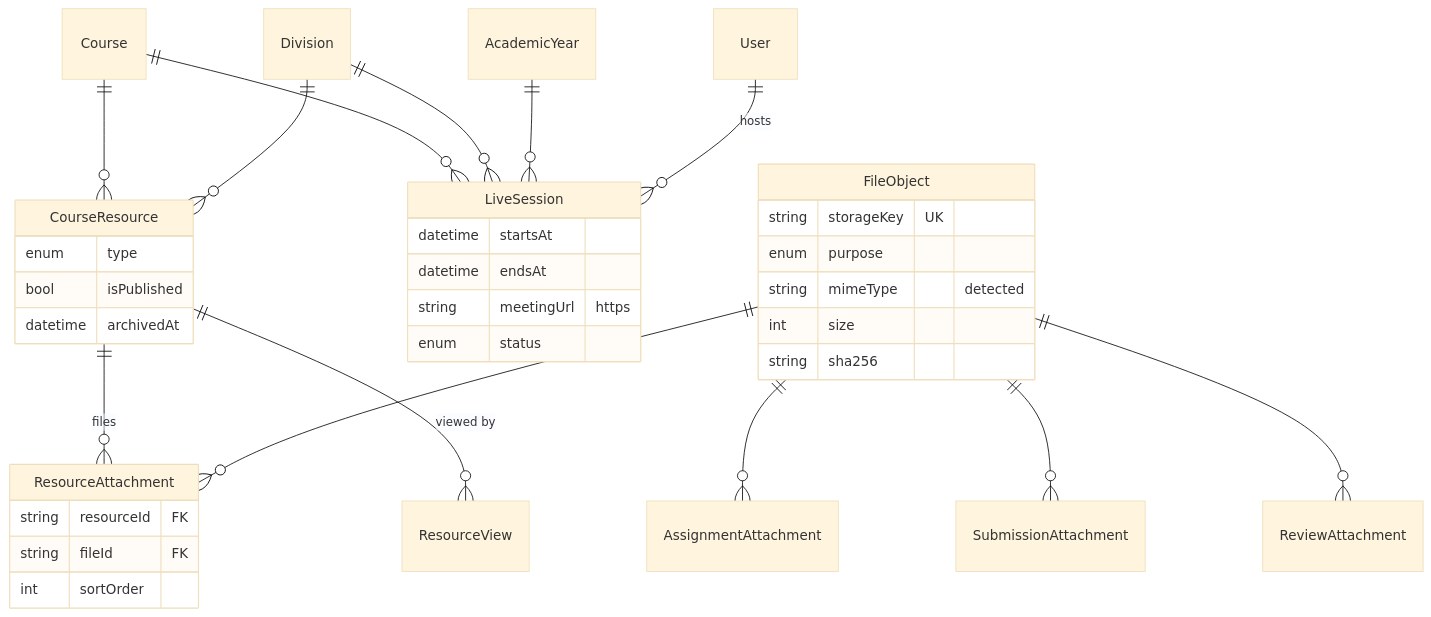
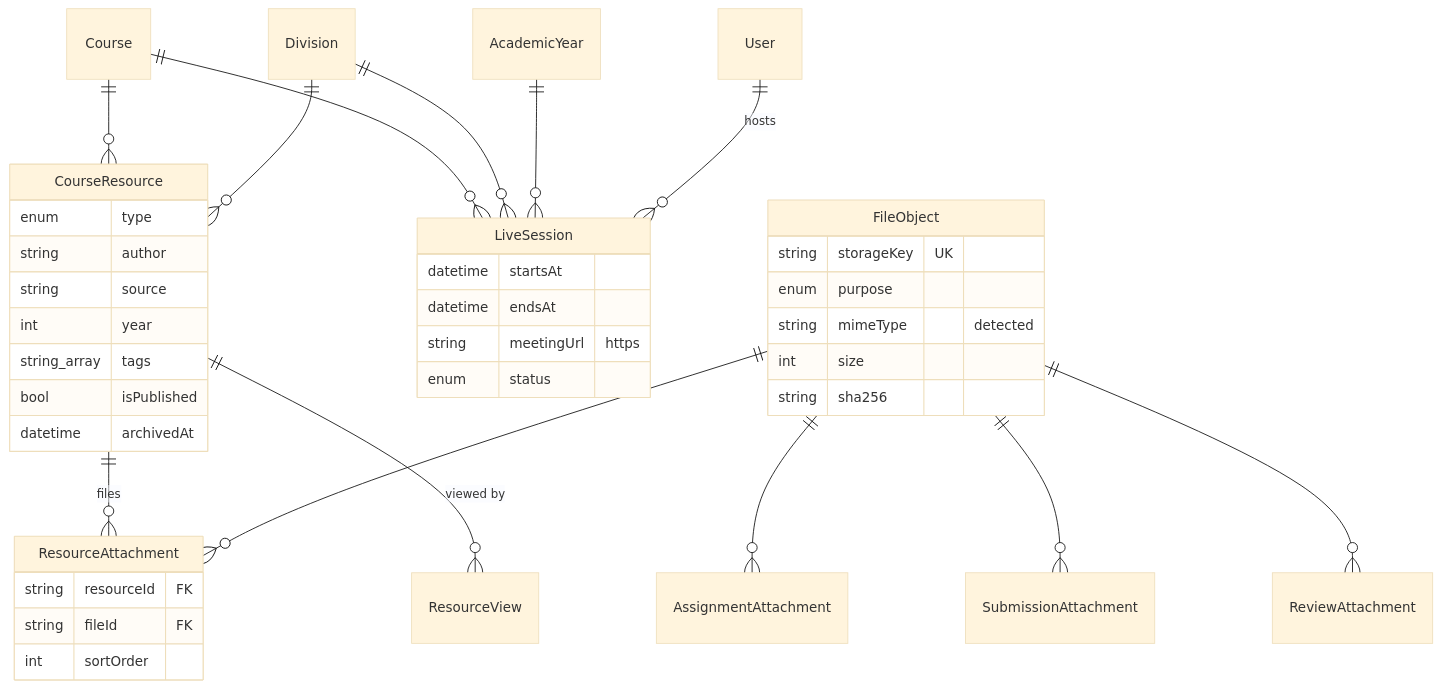
The second of 5 diagrams in docs/DATABASE.md (Theoneste1/ROFBACKENDTEST), drawn with Mermaid (base theme) before and after one commit. The commit also changed other lines of this file and 10 other files, not shown here.

First line of the commit message:
Courses: discussions switch per course and learning-resource metadata

````diff
--- a/docs/DATABASE.md
+++ b/docs/DATABASE.md
@@ -80,20 +80,20 @@
 ```mermaid
 erDiagram
   Course ||--o{ CourseResource : ""
   Division ||--o{ CourseResource : ""
   CourseResource ||--o{ ResourceAttachment : files
   CourseResource ||--o{ ResourceView : "viewed by"
   Course ||--o{ LiveSession : ""
   Division ||--o{ LiveSession : ""
   AcademicYear ||--o{ LiveSession : ""
   User ||--o{ LiveSession : hosts
   FileObject ||--o{ ResourceAttachment : ""
   FileObject ||--o{ AssignmentAttachment : ""
   FileObject ||--o{ SubmissionAttachment : ""
   FileObject ||--o{ ReviewAttachment : ""
 
   FileObject { string storageKey UK enum purpose string mimeType "detected" int size string sha256 }
-  CourseResource { enum type bool isPublished datetime archivedAt }
+  CourseResource { enum type string author string source int year string_array tags bool isPublished datetime archivedAt }
   ResourceAttachment { string resourceId FK string fileId FK int sortOrder }
   LiveSession { datetime startsAt datetime endsAt string meetingUrl "https" enum status }
 ```
````
